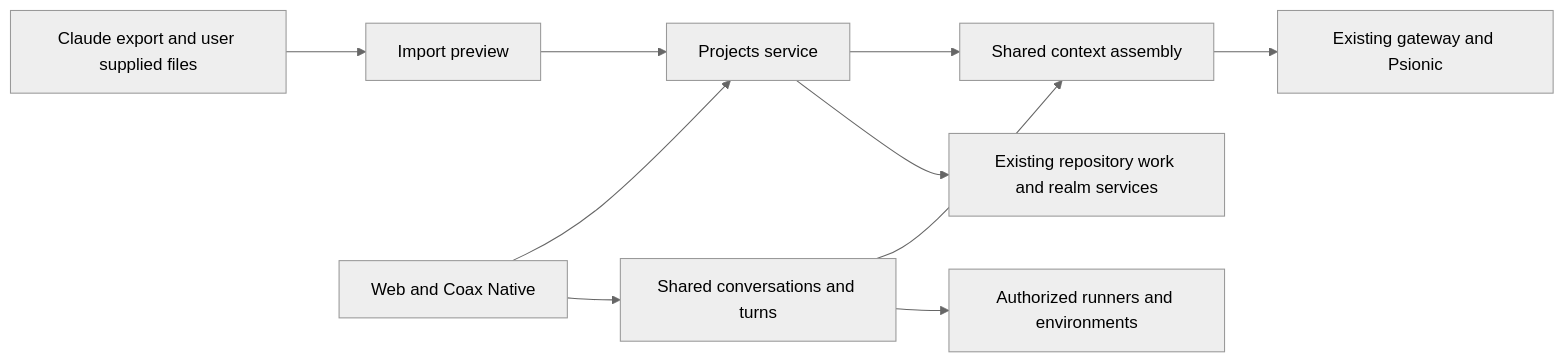
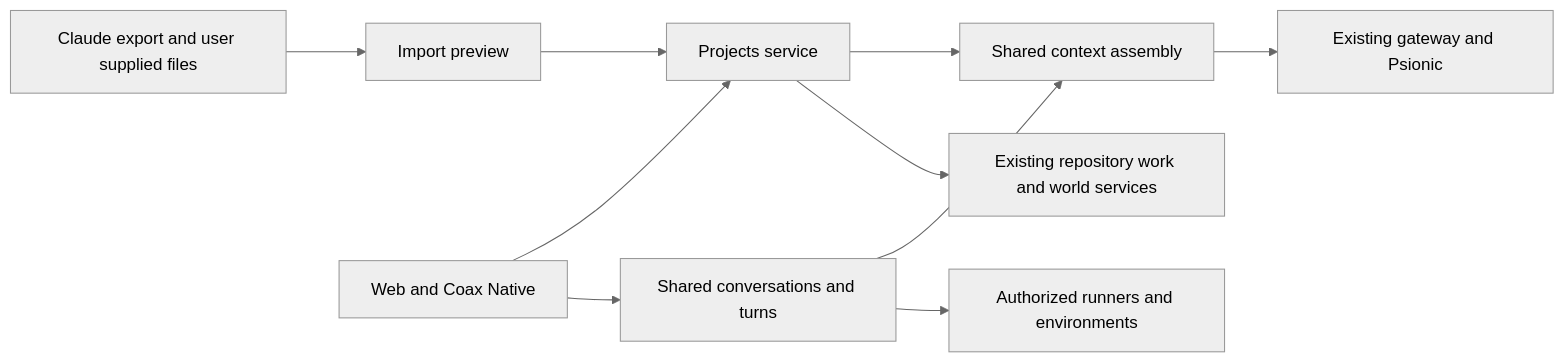
The diagram in docs/anthropic/implementation-plan.md (OpenAgentsInc/openagents), drawn with Mermaid (neutral theme) before and after one commit. The commit also changed other lines of this file and 45 other files, not shown here.

````diff
--- a/docs/anthropic/implementation-plan.md
+++ b/docs/anthropic/implementation-plan.md
@@ -93,12 +101,12 @@
 ```mermaid
 flowchart LR
   Source[Claude export and user supplied files] --> Preview[Import preview]
   Preview --> Projects[Projects service]
   Apps[Web and Coax Native] --> Projects
   Projects --> Context[Shared context assembly]
   Apps --> Chat[Shared conversations and turns]
   Chat --> Context
   Context --> Models[Existing gateway and Psionic]
   Chat --> Execution[Authorized runners and environments]
-  Projects --> Links[Existing repository work and realm services]
+  Projects --> Links[Existing repository work and world services]
 ```
````
